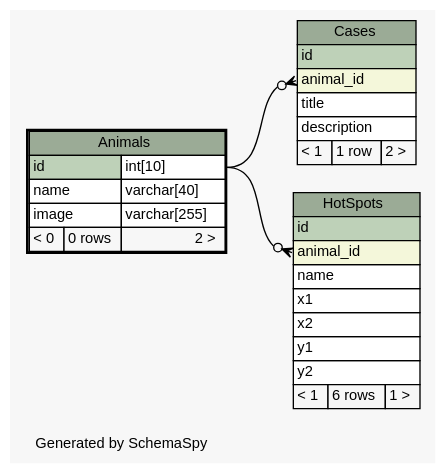
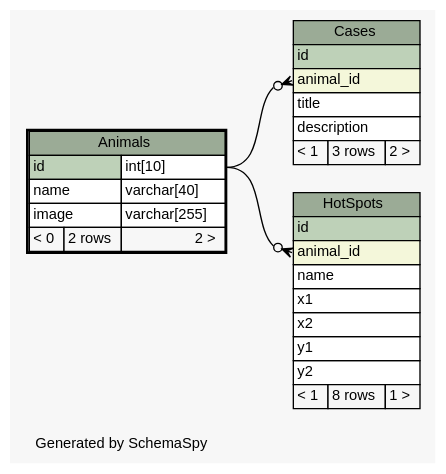
The diagram in web/files/schema/diagrams/Animals.1degree.dot (carrel2/CaseStudies), drawn with Graphviz before and after one commit. The commit also changed 206 other files, not shown here.

```diff
--- a/web/files/schema/diagrams/Animals.1degree.dot
+++ b/web/files/schema/diagrams/Animals.1degree.dot
@@ -1,65 +1,65 @@
-// dot 2.38.0 on Linux 4.4.0-72-generic
+// dot 2.38.0 on Linux 4.4.0-77-generic
 // SchemaSpy rev 590
 digraph "oneDegreeRelationshipsDiagram" {
   graph [
     rankdir="RL"
     bgcolor="#f7f7f7"
     label="\nGenerated by SchemaSpy"
     labeljust="l"
     nodesep="0.18"
     ranksep="0.46"
     fontname="Helvetica"
     fontsize="11"
   ];
   node [
     fontname="Helvetica"
     fontsize="11"
     shape="plaintext"
   ];
   edge [
     arrowsize="0.8"
   ];
   "Cases":"animal_id":w -> "Animals":"id.type":e [arrowhead=none dir=back arrowtail=crowodot];
   "HotSpots":"animal_id":w -> "Animals":"id.type":e [arrowhead=none dir=back arrowtail=crowodot];
   "Animals" [
     label=<
     <TABLE BORDER="2" CELLBORDER="1" CELLSPACING="0" BGCOLOR="#ffffff">
       <TR><TD COLSPAN="3" BGCOLOR="#9bab96" ALIGN="CENTER">Animals</TD></TR>
       <TR><TD PORT="id" COLSPAN="2" BGCOLOR="#bed1b8" ALIGN="LEFT">id</TD><TD PORT="id.type" ALIGN="LEFT">int[10]</TD></TR>
       <TR><TD PORT="name" COLSPAN="2" ALIGN="LEFT">name</TD><TD PORT="name.type" ALIGN="LEFT">varchar[40]</TD></TR>
       <TR><TD PORT="image" COLSPAN="2" ALIGN="LEFT">image</TD><TD PORT="image.type" ALIGN="LEFT">varchar[255]</TD></TR>
-      <TR><TD ALIGN="LEFT" BGCOLOR="#f7f7f7">&lt; 0</TD><TD ALIGN="RIGHT" BGCOLOR="#f7f7f7">0 rows</TD><TD ALIGN="RIGHT" BGCOLOR="#f7f7f7">2 &gt;</TD></TR>
+      <TR><TD ALIGN="LEFT" BGCOLOR="#f7f7f7">&lt; 0</TD><TD ALIGN="RIGHT" BGCOLOR="#f7f7f7">2 rows</TD><TD ALIGN="RIGHT" BGCOLOR="#f7f7f7">2 &gt;</TD></TR>
     </TABLE>>
     URL="Animals.html"
     tooltip="Animals"
   ];
   "Cases" [
     label=<
     <TABLE BORDER="0" CELLBORDER="1" CELLSPACING="0" BGCOLOR="#ffffff">
       <TR><TD COLSPAN="3" BGCOLOR="#9bab96" ALIGN="CENTER">Cases</TD></TR>
       <TR><TD PORT="id" COLSPAN="3" BGCOLOR="#bed1b8" ALIGN="LEFT">id</TD></TR>
       <TR><TD PORT="animal_id" COLSPAN="3" BGCOLOR="#f4f7da" ALIGN="LEFT">animal_id</TD></TR>
       <TR><TD PORT="title" COLSPAN="3" ALIGN="LEFT">title</TD></TR>
       <TR><TD PORT="description" COLSPAN="3" ALIGN="LEFT">description</TD></TR>
-      <TR><TD ALIGN="LEFT" BGCOLOR="#f7f7f7">&lt; 1</TD><TD ALIGN="RIGHT" BGCOLOR="#f7f7f7">1 row</TD><TD ALIGN="RIGHT" BGCOLOR="#f7f7f7">2 &gt;</TD></TR>
+      <TR><TD ALIGN="LEFT" BGCOLOR="#f7f7f7">&lt; 1</TD><TD ALIGN="RIGHT" BGCOLOR="#f7f7f7">3 rows</TD><TD ALIGN="RIGHT" BGCOLOR="#f7f7f7">2 &gt;</TD></TR>
     </TABLE>>
     URL="Cases.html"
     tooltip="Cases"
   ];
   "HotSpots" [
     label=<
     <TABLE BORDER="0" CELLBORDER="1" CELLSPACING="0" BGCOLOR="#ffffff">
       <TR><TD COLSPAN="3" BGCOLOR="#9bab96" ALIGN="CENTER">HotSpots</TD></TR>
       <TR><TD PORT="id" COLSPAN="3" BGCOLOR="#bed1b8" ALIGN="LEFT">id</TD></TR>
       <TR><TD PORT="animal_id" COLSPAN="3" BGCOLOR="#f4f7da" ALIGN="LEFT">animal_id</TD></TR>
       <TR><TD PORT="name" COLSPAN="3" ALIGN="LEFT">name</TD></TR>
       <TR><TD PORT="x1" COLSPAN="3" ALIGN="LEFT">x1</TD></TR>
       <TR><TD PORT="x2" COLSPAN="3" ALIGN="LEFT">x2</TD></TR>
       <TR><TD PORT="y1" COLSPAN="3" ALIGN="LEFT">y1</TD></TR>
       <TR><TD PORT="y2" COLSPAN="3" ALIGN="LEFT">y2</TD></TR>
-      <TR><TD ALIGN="LEFT" BGCOLOR="#f7f7f7">&lt; 1</TD><TD ALIGN="RIGHT" BGCOLOR="#f7f7f7">6 rows</TD><TD ALIGN="RIGHT" BGCOLOR="#f7f7f7">1 &gt;</TD></TR>
+      <TR><TD ALIGN="LEFT" BGCOLOR="#f7f7f7">&lt; 1</TD><TD ALIGN="RIGHT" BGCOLOR="#f7f7f7">8 rows</TD><TD ALIGN="RIGHT" BGCOLOR="#f7f7f7">1 &gt;</TD></TR>
     </TABLE>>
     URL="HotSpots.html"
     tooltip="HotSpots"
   ];
 }
```
